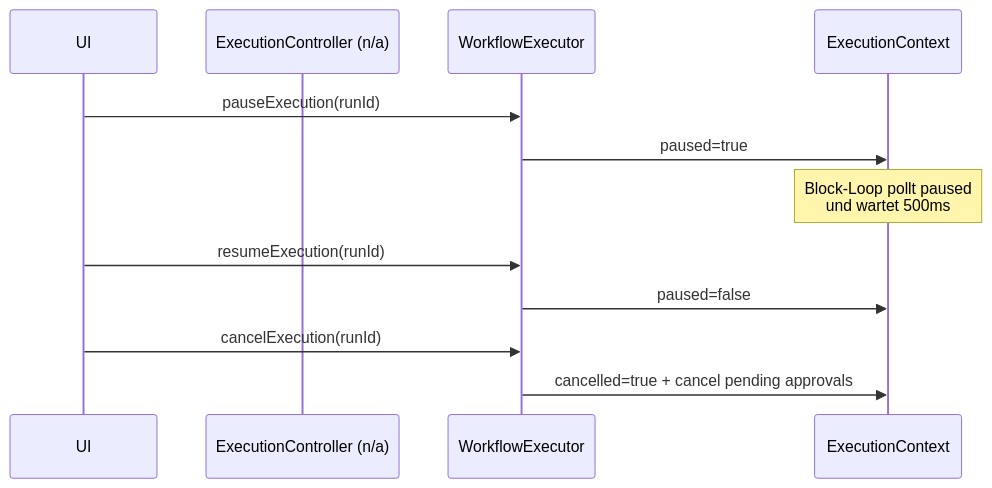
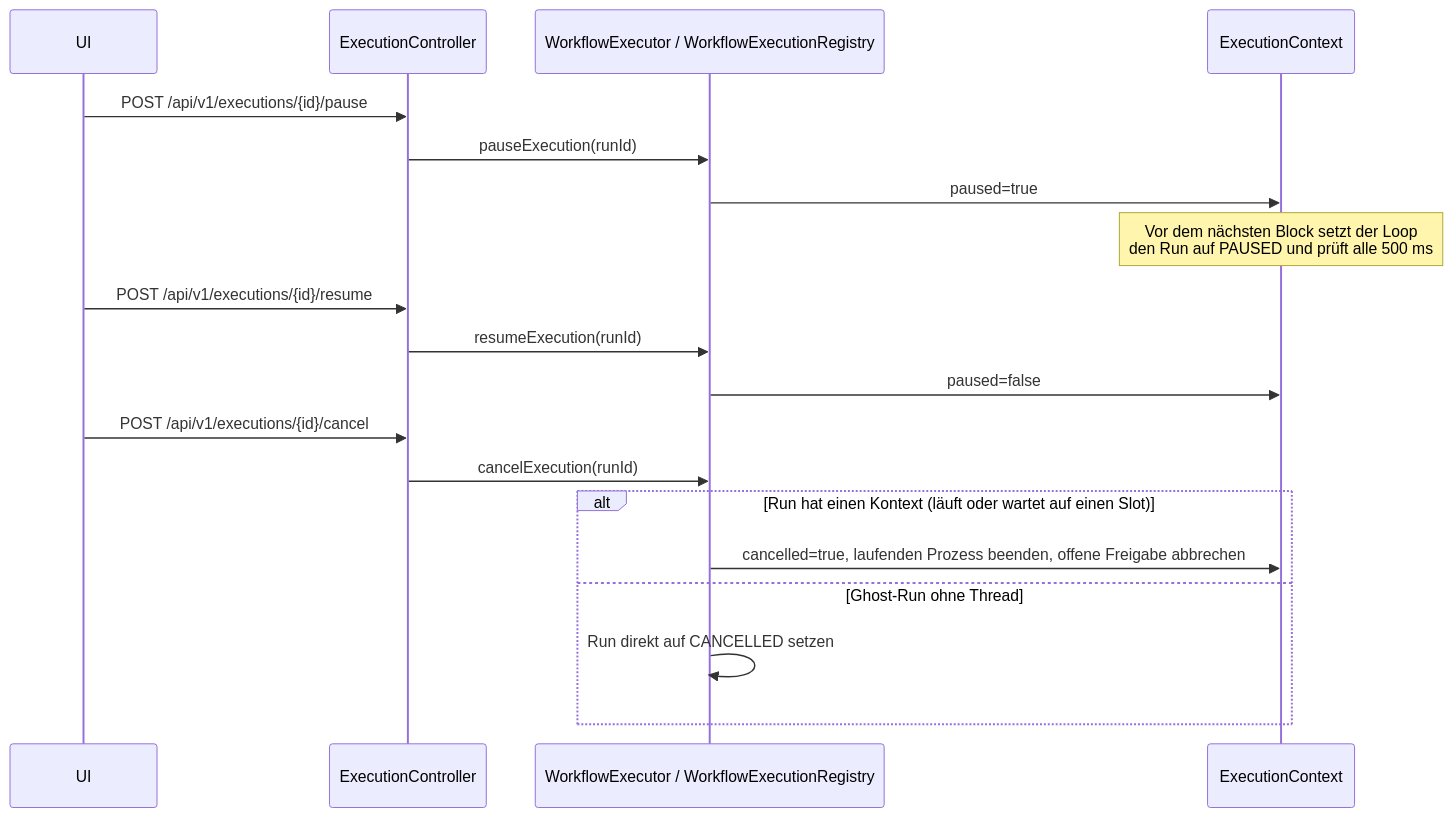
Before and after one commit to FLSEST/MySuricates: the third of 4 diagrams in docs/workflow-control-diagrams.md, drawn with Mermaid. The commit also changed other lines of this file and 4 other files, not shown here.

First line of the commit message:
docs(diagramme): Control page knows all run statuses and the real approval path

````diff
--- a/docs/workflow-control-diagrams.md
+++ b/docs/workflow-control-diagrams.md
@@ -35,15 +44,22 @@
 ```mermaid
 sequenceDiagram
     participant UI
-    participant CTRL as ExecutionController (n/a)
-    participant WE as WorkflowExecutor
+    participant CTRL as ExecutionController
+    participant WE as WorkflowExecutor / WorkflowExecutionRegistry
     participant CTX as ExecutionContext
 
-    UI->>WE: pauseExecution(runId)
+    UI->>CTRL: POST /api/v1/executions/{id}/pause
+    CTRL->>WE: pauseExecution(runId)
     WE->>CTX: paused=true
-    Note over CTX: Block-Loop pollt paused<br/>und wartet 500ms
-    UI->>WE: resumeExecution(runId)
+    Note over CTX: Vor dem nächsten Block setzt der Loop<br/>den Run auf PAUSED und prüft alle 500 ms
+    UI->>CTRL: POST /api/v1/executions/{id}/resume
+    CTRL->>WE: resumeExecution(runId)
     WE->>CTX: paused=false
-    UI->>WE: cancelExecution(runId)
-    WE->>CTX: cancelled=true + cancel pending approvals
+    UI->>CTRL: POST /api/v1/executions/{id}/cancel
+    CTRL->>WE: cancelExecution(runId)
+    alt Run hat einen Kontext (läuft oder wartet auf einen Slot)
+        WE->>CTX: cancelled=true, laufenden Prozess beenden, offene Freigabe abbrechen
+    else Ghost-Run ohne Thread
+        WE->>WE: Run direkt auf CANCELLED setzen
+    end
 ```
````
